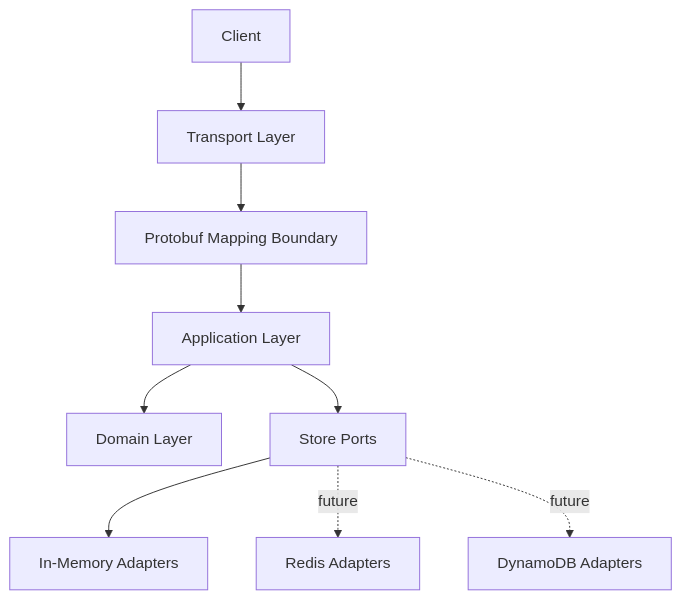
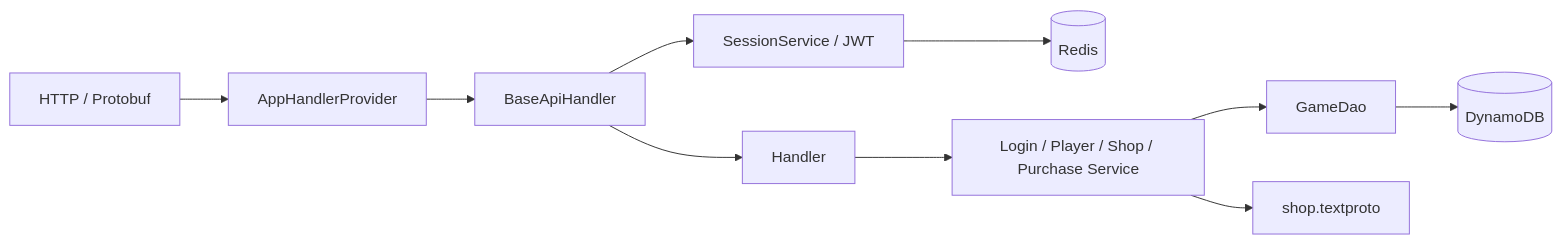
Before and after one commit to mudotet/mini-intern-server-project: the diagram in docs/ARCHITECTURE.md, drawn with Mermaid. The commit also changed other lines of this file and 103 other files, not shown here.

````diff
--- a/docs/ARCHITECTURE.md
+++ b/docs/ARCHITECTURE.md
@@ -7,11 +3,12 @@
 ```mermaid
-flowchart TD
-    Client --> Transport[Transport Layer]
-    Transport --> Mapper[Protobuf Mapping Boundary]
-    Mapper --> Application[Application Layer]
-    Application --> Domain[Domain Layer]
-    Application --> StorePorts[Store Ports]
-    StorePorts --> InMemory[In-Memory Adapters]
-    StorePorts -. future .-> Redis[Redis Adapters]
-    StorePorts -. future .-> DynamoDB[DynamoDB Adapters]
+flowchart LR
+    Client[HTTP / Protobuf] --> Provider[AppHandlerProvider]
+    Provider --> Base[BaseApiHandler]
+    Base --> Session[SessionService / JWT]
+    Session --> Redis[(Redis)]
+    Base --> Handler[Handler]
+    Handler --> Service[Login / Player / Shop / Purchase Service]
+    Service --> Dao[GameDao]
+    Dao --> Dynamo[(DynamoDB)]
+    Service --> Config[shop.textproto]
 ```
````
